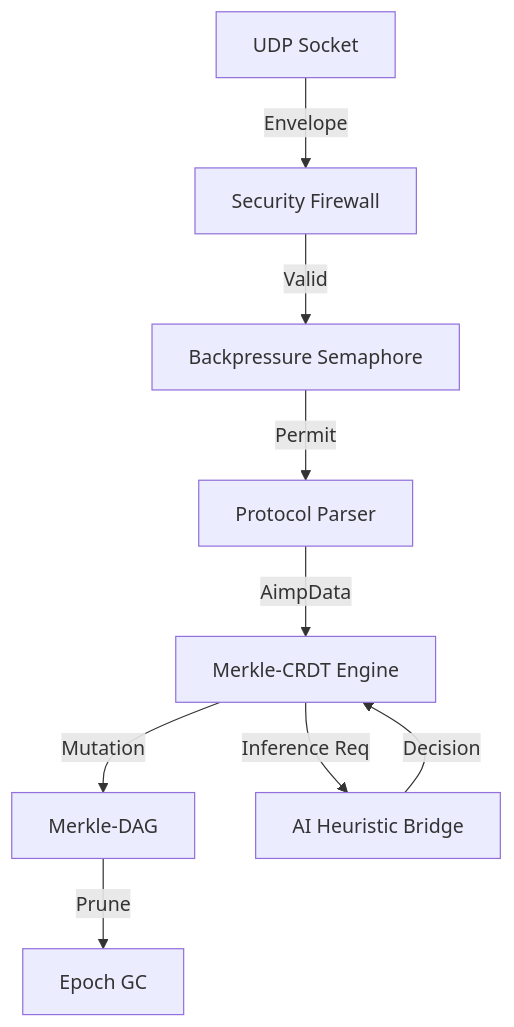
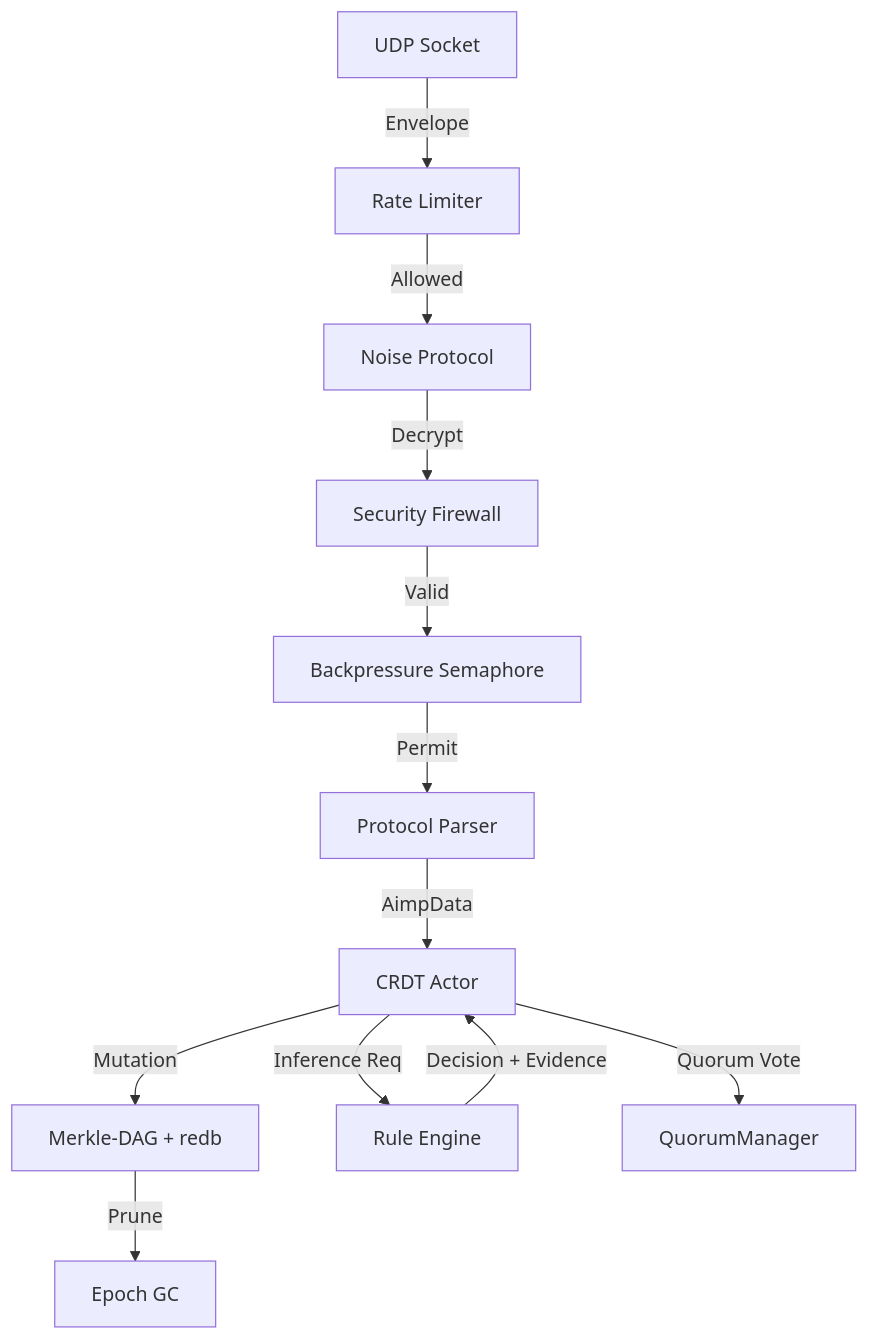
The diagram in README.md (fabriziosalmi/aimp), drawn with Mermaid before and after one commit. The commit also changed other lines of this file and 48 other files, not shown here.

````diff
--- a/README.md
+++ b/README.md
@@ -36,11 +186,14 @@
 ```mermaid
 graph TD
-    UDP[UDP Socket] -->|Envelope| FW[Security Firewall]
+    UDP[UDP Socket] -->|Envelope| RL[Rate Limiter]
+    RL -->|Allowed| NP[Noise Protocol]
+    NP -->|Decrypt| FW[Security Firewall]
     FW -->|Valid| BP[Backpressure Semaphore]
     BP -->|Permit| Parser[Protocol Parser]
-    Parser -->|AimpData| CRDT[Merkle-CRDT Engine]
-    CRDT -->|Mutation| DAG[Merkle-DAG]
+    Parser -->|AimpData| CRDT[CRDT Actor]
+    CRDT -->|Mutation| DAG[Merkle-DAG + redb]
     DAG -->|Prune| GC[Epoch GC]
-    CRDT -->|Inference Req| AI[AI Heuristic Bridge]
-    AI -->|Decision| CRDT
+    CRDT -->|Inference Req| AI[Rule Engine]
+    AI -->|Decision + Evidence| CRDT
+    CRDT -->|Quorum Vote| QM[QuorumManager]
 ```
````
